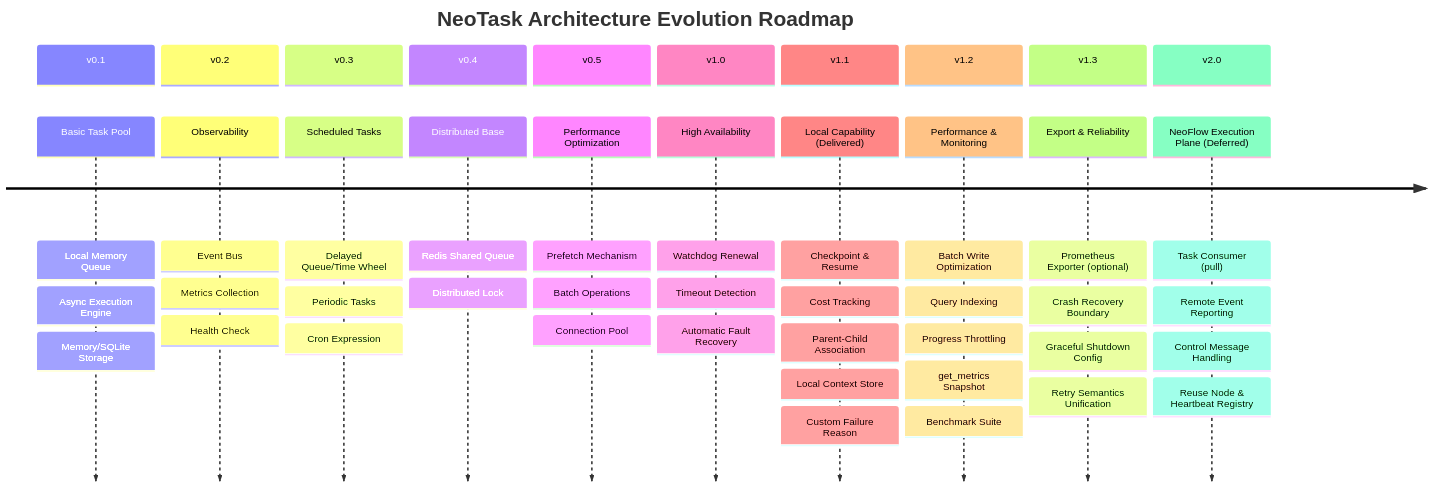
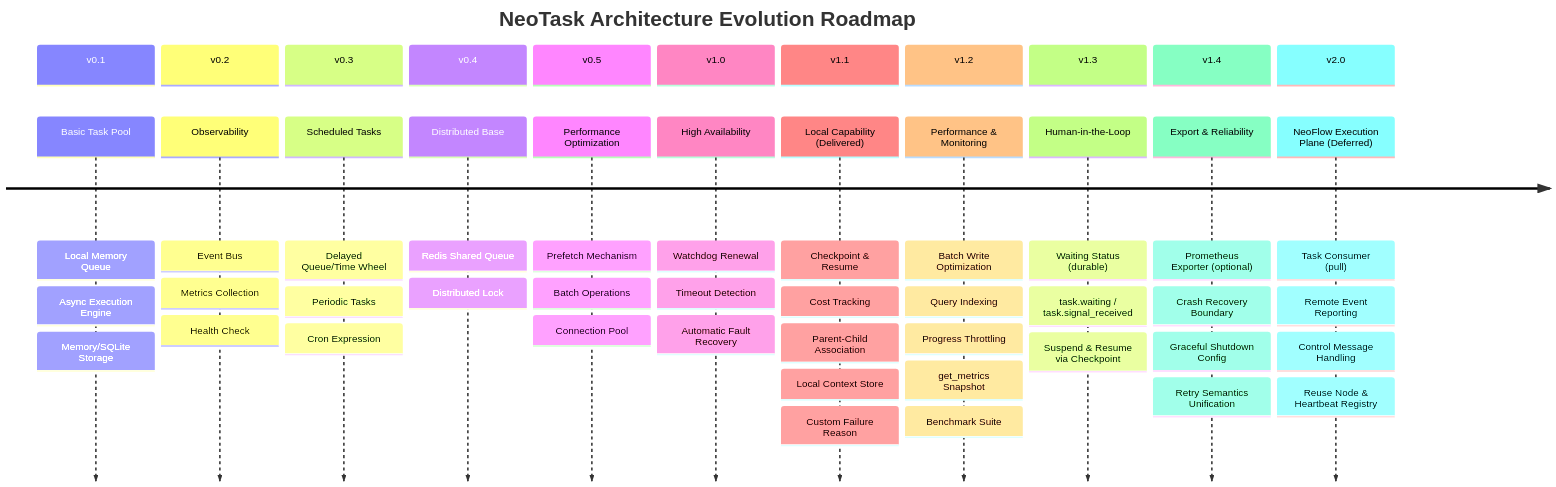
Before and after one commit to neopen/neotask: the second of 2 diagrams in README.md, drawn with Mermaid. The commit also changed other lines of this file and 2 other files, not shown here.

Commit message:
docs(roadmap): 重排 1.3/1.4 规划并规范状态枚举定义
FR:
- v1.3.0 主题改为人工介入：新增 TaskStatus.WAITING、task.waiting /
  task.signal_received 事件、wait_for_signal 挂起与 pool.signal 唤醒、
  checkpoint 重放恢复、等待超时与跨节点唤醒语义
- 原 v1.3 的 Prometheus 导出器与可靠性补强整体移到 v1.4.0，并把 waiting
  纳入崩溃恢复、停机与重试矩阵
- TaskStatus 统一为标准 str Enum：成员名大写、值保持小写，显式
  __str__ = str.__str__；EventType 维持大写常量 + task.* 线上名
- 明确兼容边界：落库值、Redis status 键与事件 payload 不变，无 schema
  迁移；str(status) 输出改为小写值需在 CHANGELOG 注明
- 版本总览、修订原则、文档同步要求与下一步行动同步更新；README /
  README_zh 路线图区块改为 v1.3 Human-in-the-loop、v1.4 Export &
  Reliability

AC:
- 路线图章节编号连续：v1.2 → v1.3 → v1.4 → v2.0 → 文档同步 → 下一步
- v1.3 验收覆盖三后端重启续跑、跨实例唤醒、非法转换、事件顺序、
  单 worker 不阻塞与枚举序列化一致性
- README 与 README_zh 的图注、mermaid 时间线与路线图一致

````diff
--- a/README.md
+++ b/README.md
@@ -165,59 +165,64 @@
 ```mermaid
 timeline
     title NeoTask Architecture Evolution Roadmap
 
     section v0.1
         Basic Task Pool : Local Memory Queue
                         : Async Execution Engine
                         : Memory/SQLite Storage
 
     section v0.2
         Observability : Event Bus
                       : Metrics Collection
                       : Health Check
 
     section v0.3
         Scheduled Tasks : Delayed Queue/Time Wheel
                         : Periodic Tasks
                         : Cron Expression
 
     section v0.4
         Distributed Base : Redis Shared Queue
                          : Distributed Lock
 
     section v0.5
         Performance Optimization : Prefetch Mechanism
                                 : Batch Operations
                                 : Connection Pool
 
     section v1.0
         High Availability : Watchdog Renewal
                           : Timeout Detection
                           : Automatic Fault Recovery
 
     section v1.1
         Local Capability (Delivered) : Checkpoint & Resume
                                      : Cost Tracking
                                      : Parent-Child Association
                                      : Local Context Store
                                      : Custom Failure Reason
 
     section v1.2
         Performance & Monitoring : Batch Write Optimization
                                 : Query Indexing
                                 : Progress Throttling
                                 : get_metrics Snapshot
                                 : Benchmark Suite
 
     section v1.3
+        Human-in-the-Loop : Waiting Status (durable)
+                          : task.waiting / task.signal_received
+                          : Suspend & Resume via Checkpoint
+
+    section v1.4
         Export & Reliability : Prometheus Exporter (optional)
                             : Crash Recovery Boundary
                             : Graceful Shutdown Config
                             : Retry Semantics Unification
 
     section v2.0
         NeoFlow Execution Plane (Deferred) : Task Consumer (pull)
                                           : Remote Event Reporting
                                           : Control Message Handling
                                           : Reuse Node & Heartbeat Registry
 ```
````
